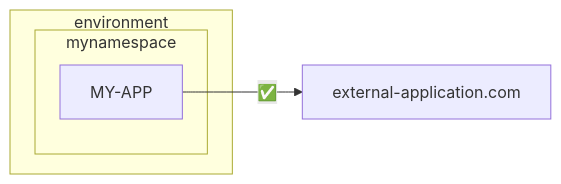
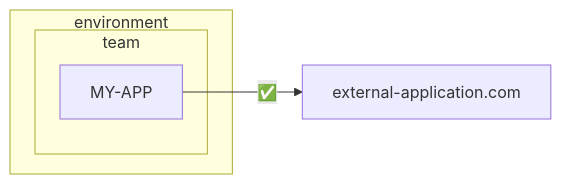
The fifth of 5 diagrams in docs/workloads/how-to/access-policies.md (nais/doc), drawn with Mermaid before and after one commit. The commit also changed other lines of this file and 8 other files, not shown here.

````diff
--- a/docs/workloads/how-to/access-policies.md
+++ b/docs/workloads/how-to/access-policies.md
@@ -183,13 +187,13 @@
     ```mermaid
     graph LR
       accTitle: External addresses
       accDescr: The diagram shows an application, <MY-APP>, that is allowed to send requests to an external address.
 
       MY-APP--"✅"-->external-application.com
 
       subgraph environment
-        subgraph mynamespace
+        subgraph team
           MY-APP
         end
       end
     ```
````
